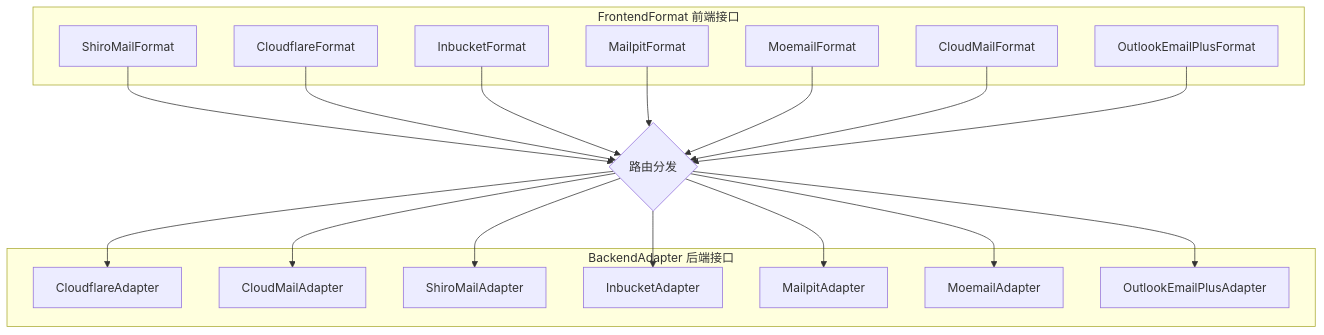
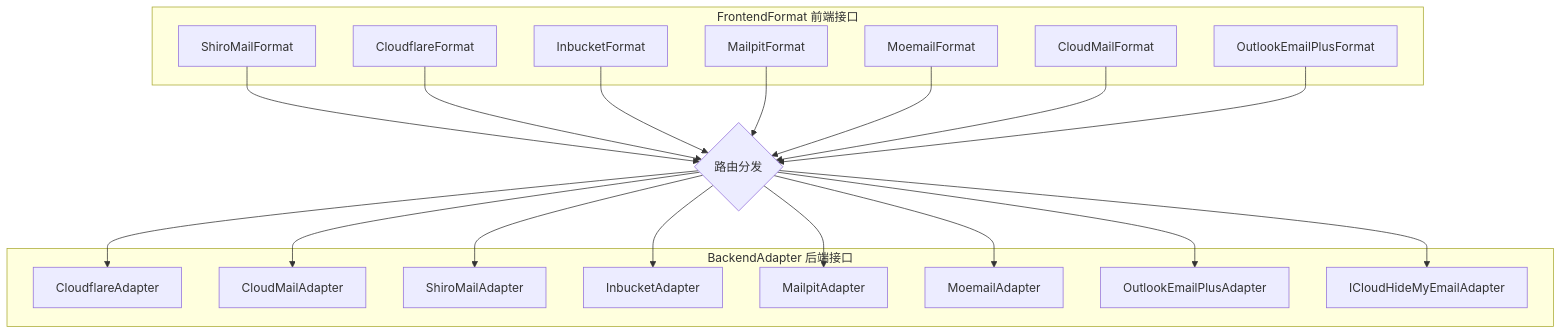
The second of 3 diagrams in README.md (WangChuDi/everyMail), drawn with Mermaid before and after one commit. The commit also changed other lines of this file and 2 other files, not shown here.

First line of the commit message:
docs: document iCloud Hide My Email backend

````diff
--- a/README.md
+++ b/README.md
@@ -436,25 +501,26 @@
 ```mermaid
 graph TB
     subgraph "FrontendFormat 前端接口"
         F1[ShiroMailFormat]
         F2[CloudflareFormat]
         F3[InbucketFormat]
         F4[MailpitFormat]
         F5[MoemailFormat]
         F6[CloudMailFormat]
         F7[OutlookEmailPlusFormat]
     end
 
     subgraph "BackendAdapter 后端接口"
         B1[CloudflareAdapter]
         B2[CloudMailAdapter]
         B3[ShiroMailAdapter]
         B4[InbucketAdapter]
         B5[MailpitAdapter]
         B6[MoemailAdapter]
         B7[OutlookEmailPlusAdapter]
+        B8[ICloudHideMyEmailAdapter]
     end
 
     F1 & F2 & F3 & F4 & F5 & F6 & F7 --> Router{路由分发}
-    Router --> B1 & B2 & B3 & B4 & B5 & B6 & B7
+    Router --> B1 & B2 & B3 & B4 & B5 & B6 & B7 & B8
 ```
````
